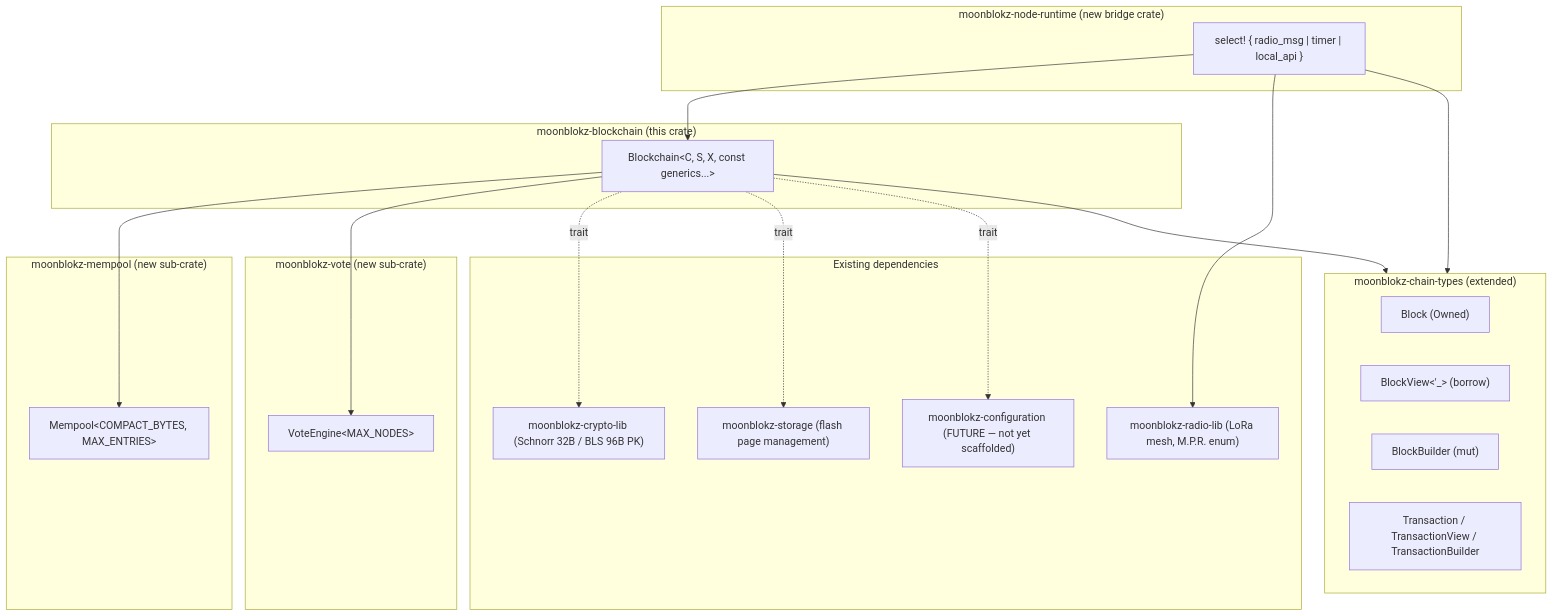
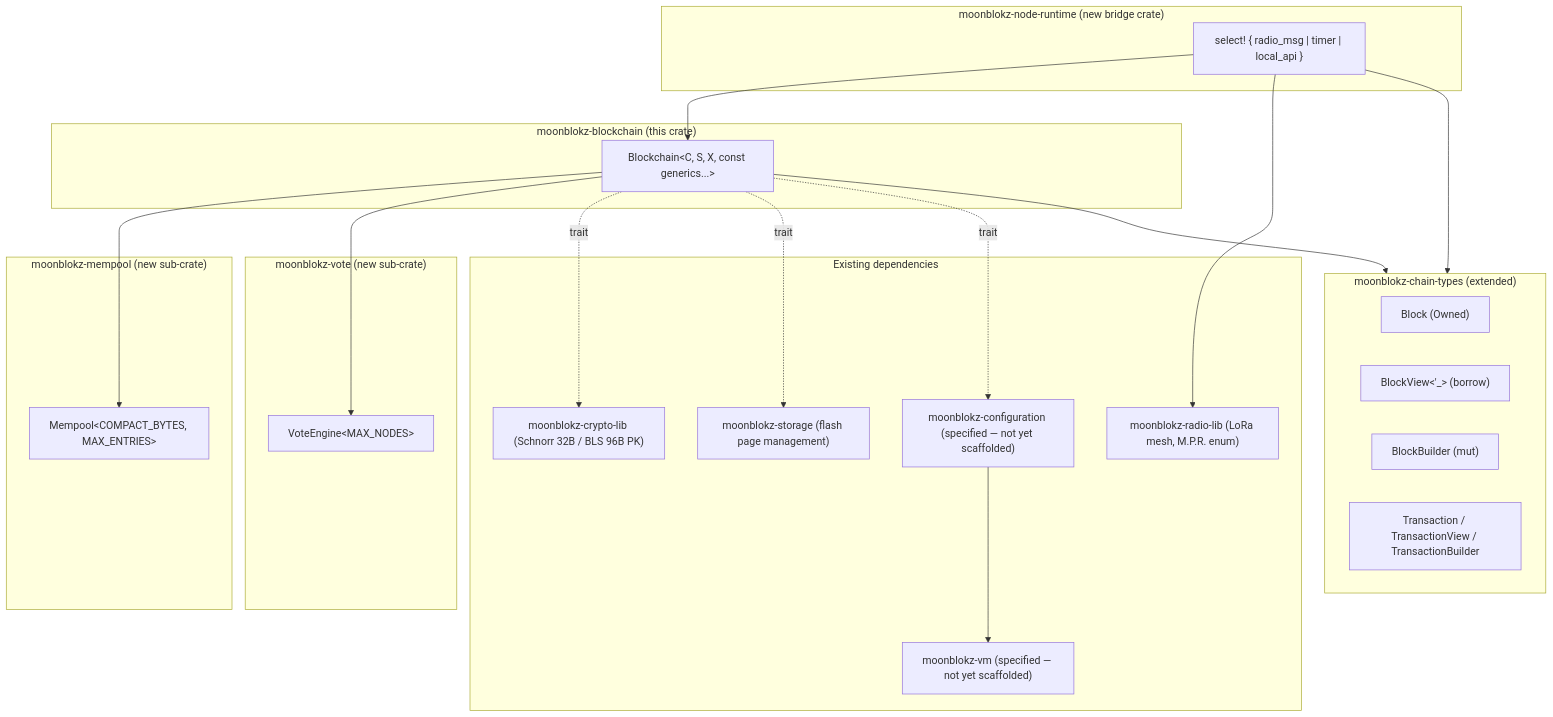
Before and after one commit to petersallai/moonblokz-info: the first of 3 diagrams in moonblokz-blockchain-architecture.md, drawn with Mermaid. The commit also changed other lines of this file and 8 other files, not shown here.

````diff
--- a/moonblokz-blockchain-architecture.md
+++ b/moonblokz-blockchain-architecture.md
@@ -118,37 +118,39 @@
 ```mermaid
 graph TB
     subgraph ChainLib["moonblokz-blockchain (this crate)"]
         BC["Blockchain&lt;C, S, X, const generics...&gt;"]
     end
     subgraph Mempool["moonblokz-mempool (new sub-crate)"]
         MP["Mempool&lt;COMPACT_BYTES, MAX_ENTRIES&gt;"]
     end
     subgraph Vote["moonblokz-vote (new sub-crate)"]
         VE["VoteEngine&lt;MAX_NODES&gt;"]
     end
     subgraph Runtime["moonblokz-node-runtime (new bridge crate)"]
         BR["select! { radio_msg | timer | local_api }"]
     end
     subgraph Types["moonblokz-chain-types (extended)"]
         T1["Block (Owned)"]
         T2["BlockView&lt;'_&gt; (borrow)"]
         T3["BlockBuilder (mut)"]
         T4["Transaction / TransactionView / TransactionBuilder"]
     end
     subgraph Existing["Existing dependencies"]
         Crypto["moonblokz-crypto-lib (Schnorr 32B / BLS 96B PK)"]
         Storage["moonblokz-storage (flash page management)"]
         Radio["moonblokz-radio-lib (LoRa mesh, M.P.R. enum)"]
-        Config["moonblokz-configuration (FUTURE — not yet scaffolded)"]
+        Config["moonblokz-configuration (specified — not yet scaffolded)"]
+        Vm["moonblokz-vm (specified — not yet scaffolded)"]
     end
 
     BC --> MP
     BC --> VE
     BC --> Types
     BC -.trait.-> Crypto
     BC -.trait.-> Storage
     BC -.trait.-> Config
+    Config --> Vm
     BR --> BC
     BR --> Radio
     BR --> Types
 ```
````
